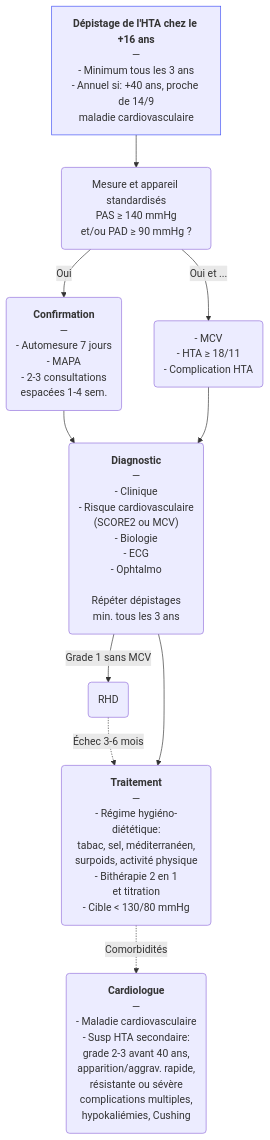
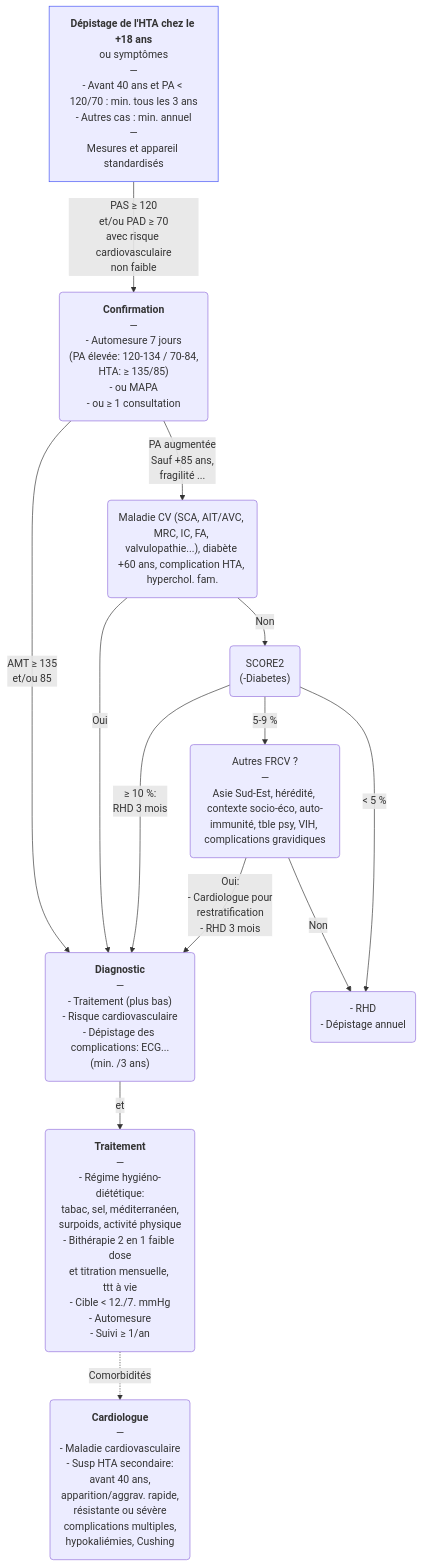
Before and after one commit to djibe/recommandations-medicales: the diagram in content/recommandations/hypertension-arterielle.md, drawn with Mermaid. The commit also changed other lines of this file, not shown here.

Commit message:
Upgrade to ESC 2024

```diff
--- a/content/recommandations/hypertension-arterielle.md
+++ b/content/recommandations/hypertension-arterielle.md
@@ -461,9 +497,13 @@
-{{< mermaid title="Prise en charge de l'hypertension artérielle de l'adulte. Drs Alaedine Benani et JB Fron d'après ESH 2024 et 2023" >}}
+{{< mermaid title="Prise en charge de l'hypertension artérielle de l'adulte. Dr JB Fron d'après ESC 2024" >}}
 graph TB
-  HTA["<b>Dépistage de l'HTA chez le +16 ans</b><br>—<br>- Minimum tous les 3 ans<br>- Annuel si: +40 ans, proche de 14/9<br>maladie cardiovasculaire"] --> seuil("Mesure et appareil standardisés<br>PAS ≥ 140 mmHg<br>et/ou PAD ≥ 90 mmHg ?") -- Oui --> confirmation(<b>Confirmation</b><br>—<br>- Automesure 7 jours<br>- MAPA<br>- 2-3 consultations<br>espacées 1-4 sem.)
-  style HTA stroke:#4150f5, stroke-width:1px
-    confirmation --> diagnostic("<b>Diagnostic</b><br>—<br>- Clinique<br>- Risque cardiovasculaire<br>(SCORE2 ou MCV)<br>- Biologie<br>- ECG<br>- Ophtalmo<br><br>Répéter dépistages<br>min. tous les 3 ans")
-      diagnostic -- Grade 1 sans MCV --> RHD(RHD) -. Échec 3-6 mois .-> traitement
-      diagnostic --> traitement("<b>Traitement</b><br>—<br>- Régime hygiéno-diététique:<br>tabac, sel, méditerranéen,<br>surpoids, activité physique<br>- Bithérapie 2 en 1<br>et titration<br>- Cible &lt; 130/80 mmHg") -. Comorbidités .-> cardiologue("<b>Cardiologue</b><br>—<br>- Maladie cardiovasculaire<br>- Susp HTA secondaire:<br>grade 2-3 avant 40 ans,<br>apparition/aggrav. rapide,<br>résistante ou sévère<br>complications multiples,<br>hypokaliémies, Cushing")
-    seuil -- "Oui et ..." --> urgent("- MCV<br>- HTA ≥ 18/11<br>- Complication HTA") --> diagnostic
+  dépistage["<b>Dépistage de l'HTA chez le +18 ans</b><br>ou symptômes<br>—<br>- Avant 40 ans et PA &lt; 120/70 : min. tous les 3 ans<br>- Autres cas : min. annuel<br>—<br>Mesures et appareil standardisés"] -- "PAS ≥ 120<br>et/ou PAD ≥ 70<br>avec risque cardiovasculaire<br>non faible" --> confirmation("<b>Confirmation</b><br>—<br>- Automesure 7 jours<br>(PA élevée: 120-134 / 70-84,<br>HTA: ≥ 135/85)<br>- ou MAPA<br>- ou ≥ 1 consultation")
+    confirmation -- "AMT ≥ 135<br>et/ou 85" --> diagnostic
+    diagnostic("<b>Diagnostic</b><br>—<br>- Traitement (plus bas)<br>- Risque cardiovasculaire<br>- Dépistage des complications: ECG...<br>(min. /3 ans)")
+      diagnostic -- et --> traitement("<b>Traitement</b><br>—<br>- Régime hygiéno-diététique:<br>tabac, sel, méditerranéen,<br>surpoids, activité physique<br>- Bithérapie 2 en 1 faible dose<br>et titration mensuelle, <br>ttt à vie<br>- Cible &lt; 12./7. mmHg<br>- Automesure<br>- Suivi ≥ 1/an") -. Comorbidités .-> cardiologue("<b>Cardiologue</b><br>—<br>- Maladie cardiovasculaire<br>- Susp HTA secondaire:<br>avant 40 ans,<br>apparition/aggrav. rapide,<br>résistante ou sévère<br>complications multiples,<br>hypokaliémies, Cushing")
+  confirmation -- "PA augmentée<br>Sauf +85 ans,<br>fragilité ..." --> MCV("Maladie CV (SCA, AIT/AVC, MRC, IC, FA, valvulopathie...), diabète +60 ans, complication HTA, hyperchol. fam.") -- Oui --> diagnostic
+    MCV -- Non --> SCORE2("SCORE2 <br>(-Diabetes)") -- "≥ 10 %:<br>RHD 3 mois" --> diagnostic
+      SCORE2 -- "5-9 %" --> modéré("Autres FRCV ?<br>—<br>Asie Sud-Est, hérédité, contexte socio-éco, auto-immunité, tble psy, VIH, complications gravidiques") -- "Oui:<br>- Cardiologue pour<br>restratification<br>- RHD 3 mois" --> diagnostic
+        modéré -- Non --> faible
+      SCORE2 -- "&lt; 5 %" --> faible("- RHD<br>- Dépistage annuel")
+  style dépistage stroke:#4150f5, stroke-width:1px
 {{< /mermaid >}}
```
